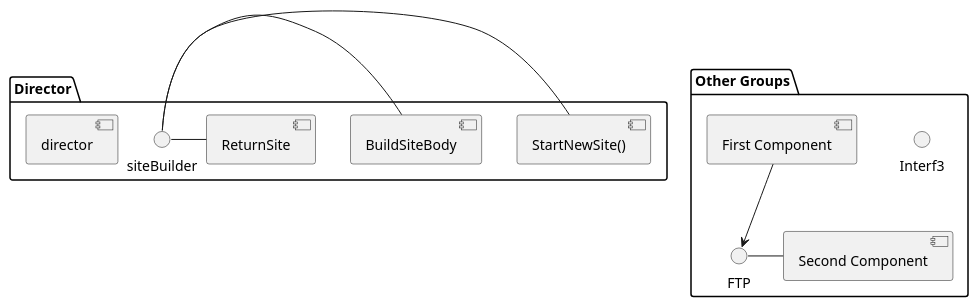
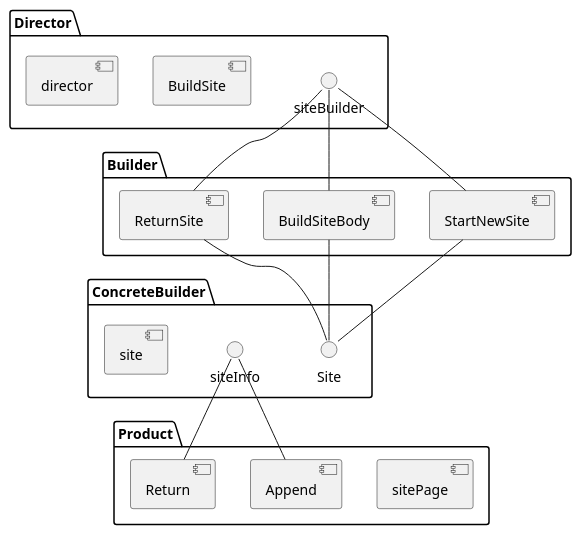
Before and after one commit to sabrusrin/wildberries: the diagram in doc/builder/component_builder.puml, drawn with PlantUML. The commit also changed 2 other files, not shown here.

Commit message:
added UML sequence and components diagrams

```diff
--- a/doc/builder/component_builder.puml
+++ b/doc/builder/component_builder.puml
@@ -1,17 +1,30 @@
 @startuml
 
 package "Director" {
-siteBuilder - [StartNewSite()]
-siteBuilder - [BuildSiteBody]
-siteBuilder - [ReturnSite]
+interface siteBuilder
+[BuildSite]
 [director]
 }
 
-package "Other Groups" {
-interface Interf3
-FTP - [Second Component]
+package "Builder" {
+siteBuilder -- [StartNewSite]
+siteBuilder -- [BuildSiteBody]
+siteBuilder -- [ReturnSite]
+}
 
-[First Component] --> FTP
+package "ConcreteBuilder" {
+interface Site
+[StartNewSite] -- Site
+[BuildSiteBody] -- Site
+[ReturnSite] -- Site
+interface siteInfo
+[site]
+}
+
+package "Product" {
+[sitePage]
+siteInfo -- [Append]
+siteInfo -- [Return]
 }
 
 @enduml
```
